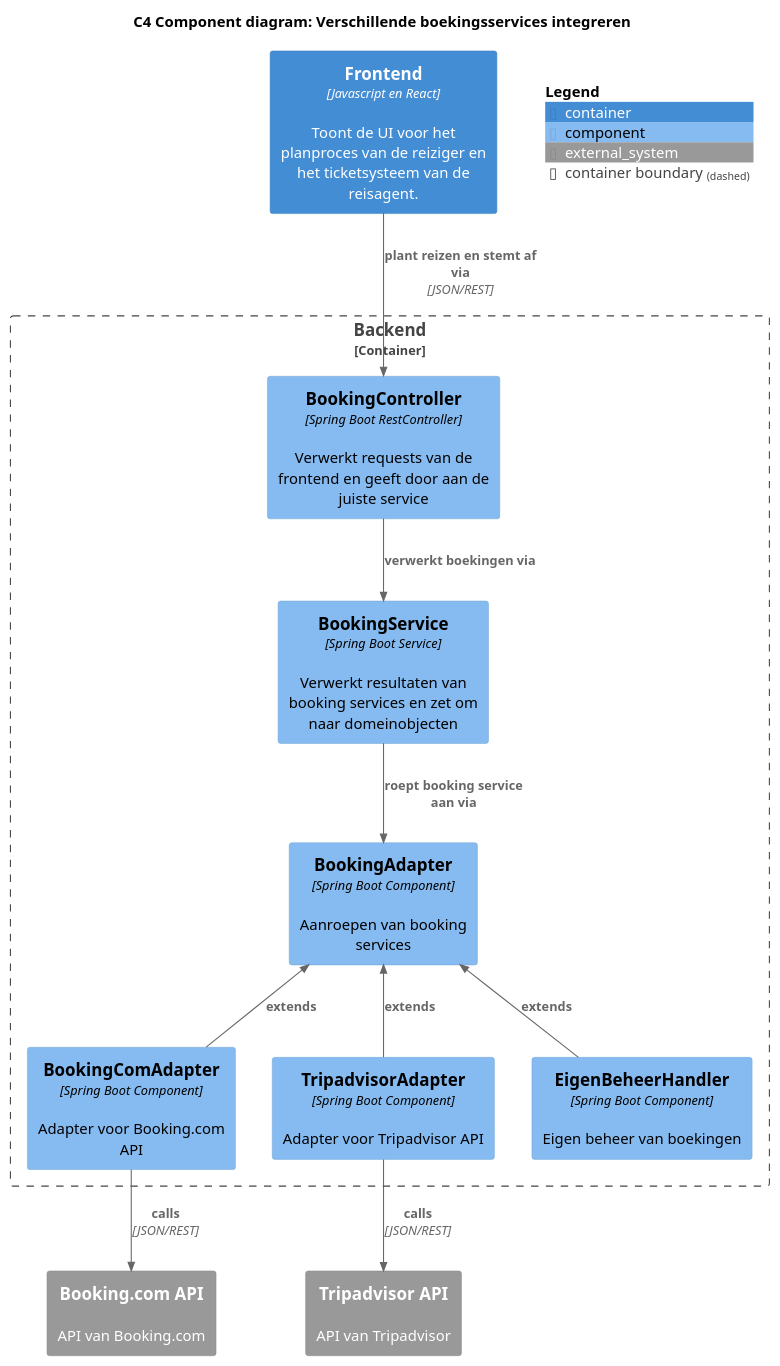
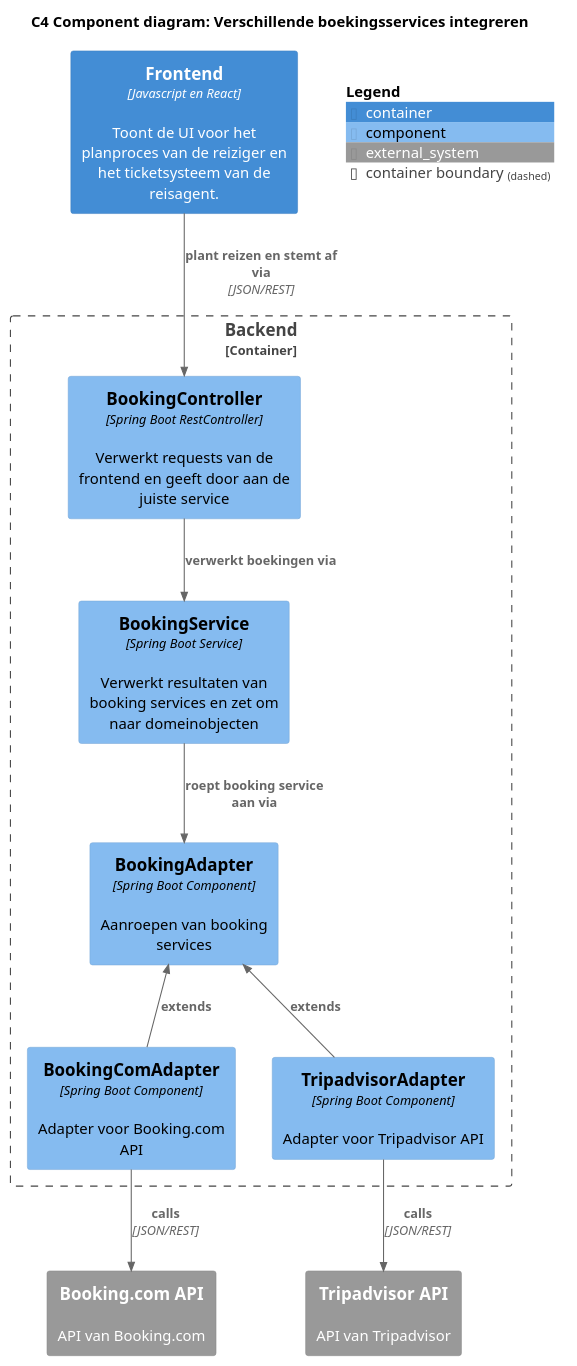
The diagram in software-guidebook/sgb-bestanden/ontwerpvragen/Modifiability - Component diagram.puml (AIM-ENE-feb25/triptop-groep-4-jochem-roald-stijn-a), drawn with PlantUML before and after one commit.

Commit message:
Update Modifiability - Component diagram.puml

```diff
--- a/software-guidebook/sgb-bestanden/ontwerpvragen/Modifiability - Component diagram.puml
+++ b/software-guidebook/sgb-bestanden/ontwerpvragen/Modifiability - Component diagram.puml
@@ -1,33 +1,31 @@
 @startuml
 title C4 Component diagram: Verschillende boekingsservices integreren
 !include <C4/C4_Component.puml>
 top to bottom direction
 
 
 Container(Frontend, "Frontend", "Javascript en React", "Toont de UI voor het planproces van de reiziger en het ticketsysteem van de reisagent.")
 
 
 Container_Boundary(backend, "Backend") {
 Component(bookingController, "BookingController", "Spring Boot RestController", "Verwerkt requests van de frontend en geeft door aan de juiste service")
 Component(bookingService, "BookingService", "Spring Boot Service", "Verwerkt resultaten van booking services en zet om naar domeinobjecten")
 Component(bookingAdapter, "BookingAdapter", "Spring Boot Component", "Aanroepen van booking services")
 Component(BookingComAdapter, "BookingComAdapter", "Spring Boot Component", "Adapter voor Booking.com API")
 Component(tripAdvisorAdapter, "TripadvisorAdapter", "Spring Boot Component", "Adapter voor Tripadvisor API")
-Component(eigenBeheerHandler, "EigenBeheerHandler", "Spring Boot Component", "Eigen beheer van boekingen")
 }
 System_Ext(bookingComApi, "Booking.com API", "API van Booking.com")
 System_Ext(tripAdvisorApi, "Tripadvisor API", "API van Tripadvisor")
 
 Rel(Frontend, bookingController, "plant reizen en stemt af via", "JSON/REST")
 Rel(bookingController, bookingService, "verwerkt boekingen via")
 Rel(bookingService, bookingAdapter, "roept booking service aan via")
 Rel_U(BookingComAdapter, bookingAdapter, "extends")
 Rel_U(tripAdvisorAdapter, bookingAdapter, "extends")
-Rel_U(eigenBeheerHandler, bookingAdapter, "extends")
 Rel(BookingComAdapter, bookingComApi, "calls", "JSON/REST")
 Rel(tripAdvisorAdapter, tripAdvisorApi, "calls", "JSON/REST")
 
 
 SHOW_FLOATING_LEGEND()
 
 @enduml
```
